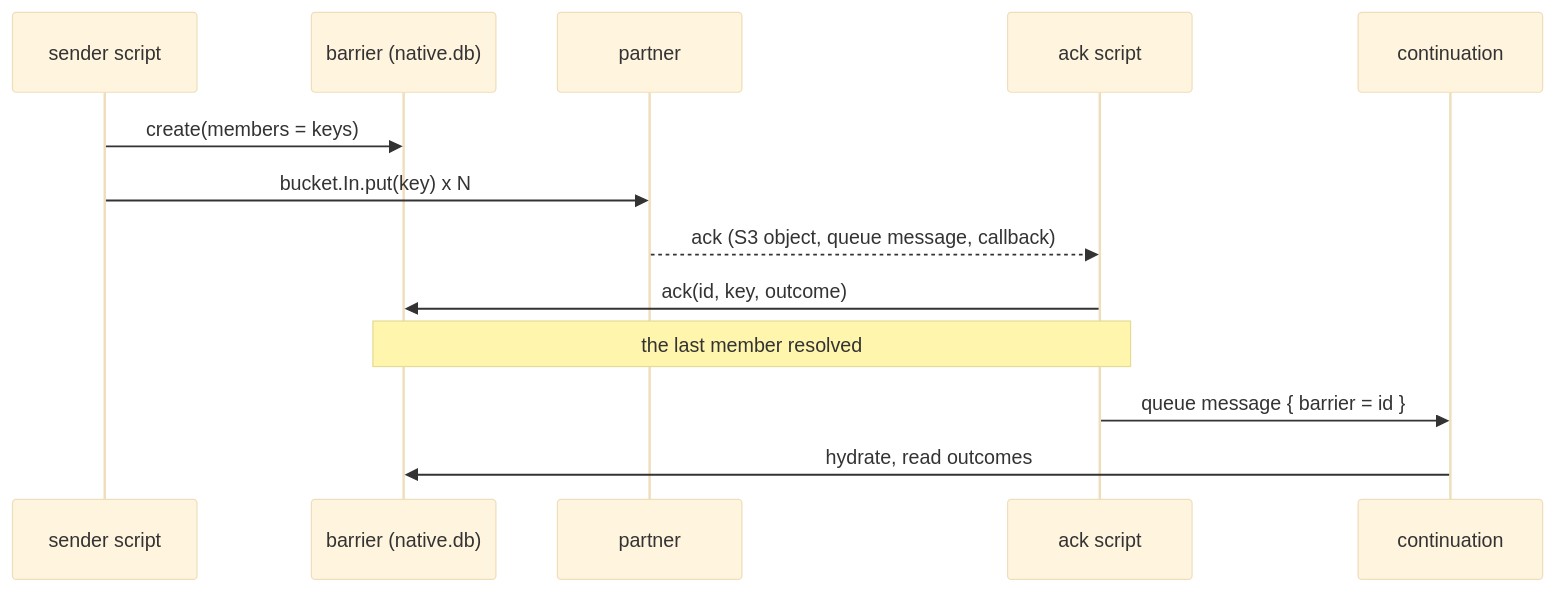
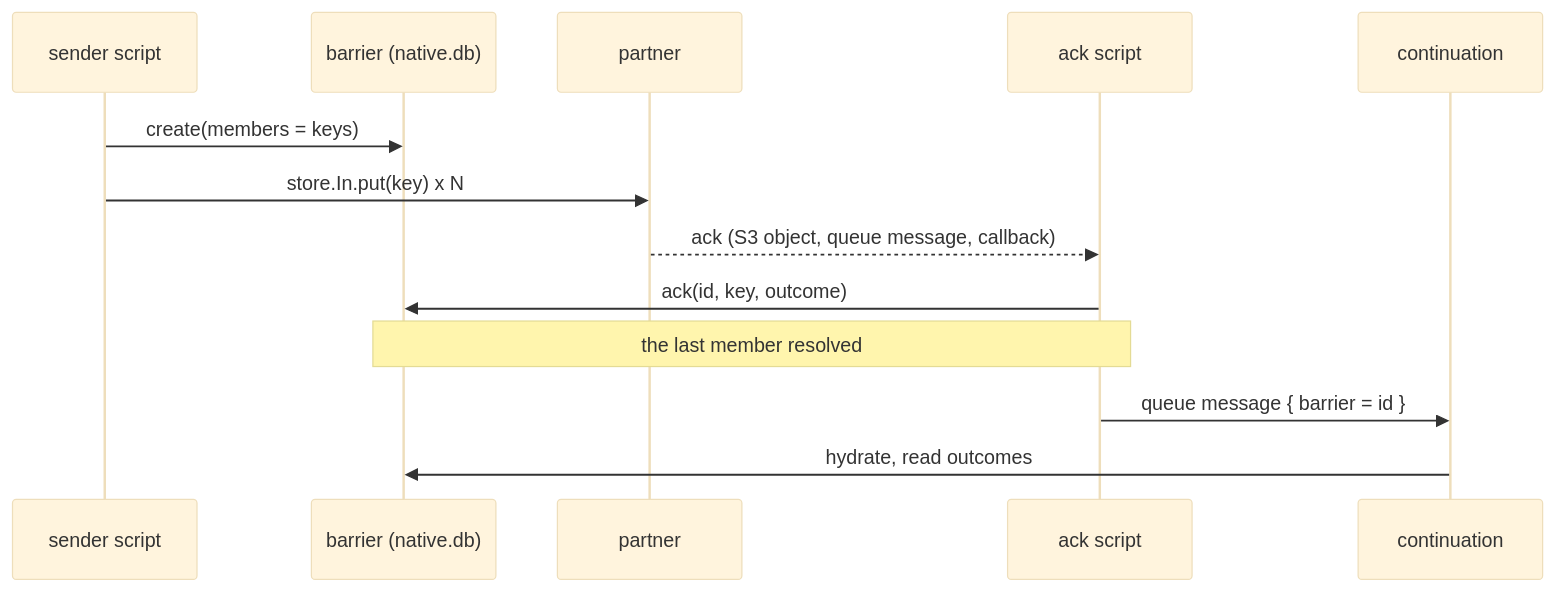
Before and after one commit to vivainio/integraal: the diagram in docs/barrier.md, drawn with Mermaid (base theme). The commit also changed other lines of this file and 67 other files, not shown here.

First line of the commit message:
Rename the bucket concept to store: native.store, stores config, store events

````diff
--- a/docs/barrier.md
+++ b/docs/barrier.md
@@ -11,15 +11,15 @@
 ```mermaid
 sequenceDiagram
     participant S as sender script
     participant B as barrier (native.db)
     participant P as partner
     participant A as ack script
     participant F as continuation
     S->>B: create(members = keys)
-    S->>P: bucket.In.put(key) x N
+    S->>P: store.In.put(key) x N
     P-->>A: ack (S3 object, queue message, callback)
     A->>B: ack(id, key, outcome)
     Note over A,B: the last member resolved
     A->>F: queue message { barrier = id }
     F->>B: hydrate, read outcomes
 ```
````
